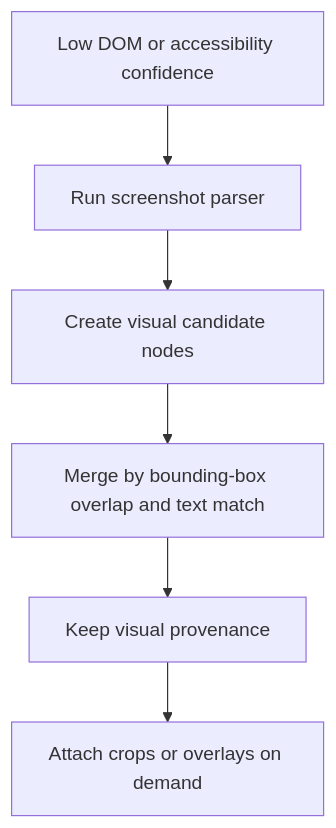
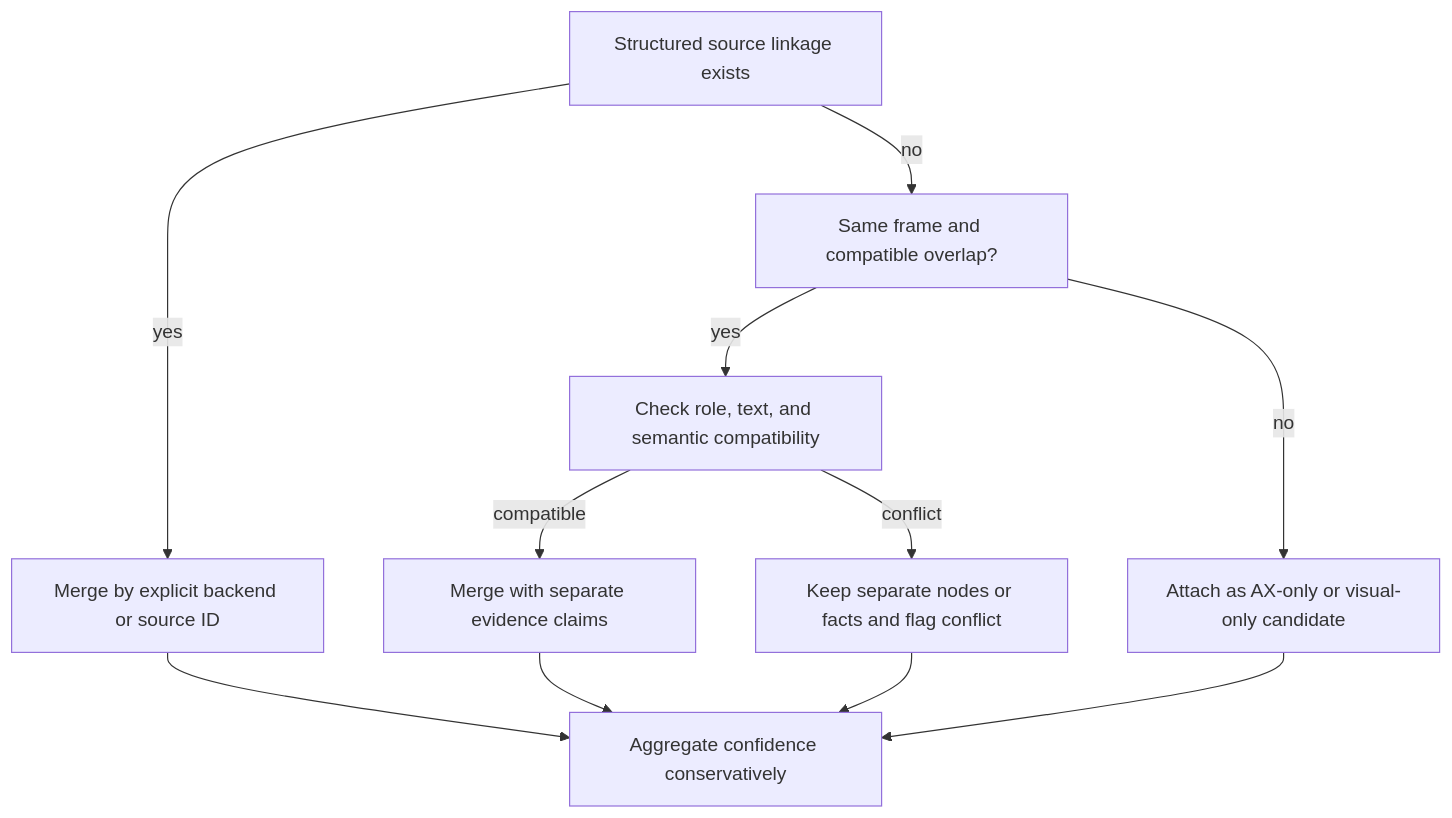
One commit to apatureai/lattice changed the sixth of 14 diagrams in ARCHITECTURE.md. Above: the diagram before and after it, drawn with Mermaid. The commit also changed other lines of this file and 11 other files, not shown here.

Commit message:
Strengthen UI Graph architecture specification (#1)

````diff
--- a/ARCHITECTURE.md
+++ b/ARCHITECTURE.md
@@ -89,8 +171,13 @@
 ```mermaid
 flowchart TD
-  A["Low DOM or accessibility confidence"] --> B["Run screenshot parser"]
-  B --> C["Create visual candidate nodes"]
-  C --> D["Merge by bounding-box overlap and text match"]
-  D --> E["Keep visual provenance"]
-  E --> F["Attach crops or overlays on demand"]
+  A["Structured source linkage exists"] -->|yes| B["Merge by explicit backend or source ID"]
+  A -->|no| C["Same frame and compatible overlap?"]
+  C -->|yes| D["Check role, text, and semantic compatibility"]
+  D -->|compatible| E["Merge with separate evidence claims"]
+  D -->|conflict| F["Keep separate nodes or facts and flag conflict"]
+  C -->|no| G["Attach as AX-only or visual-only candidate"]
+  B --> H["Aggregate confidence conservatively"]
+  E --> H
+  F --> H
+  G --> H
 ```
````
